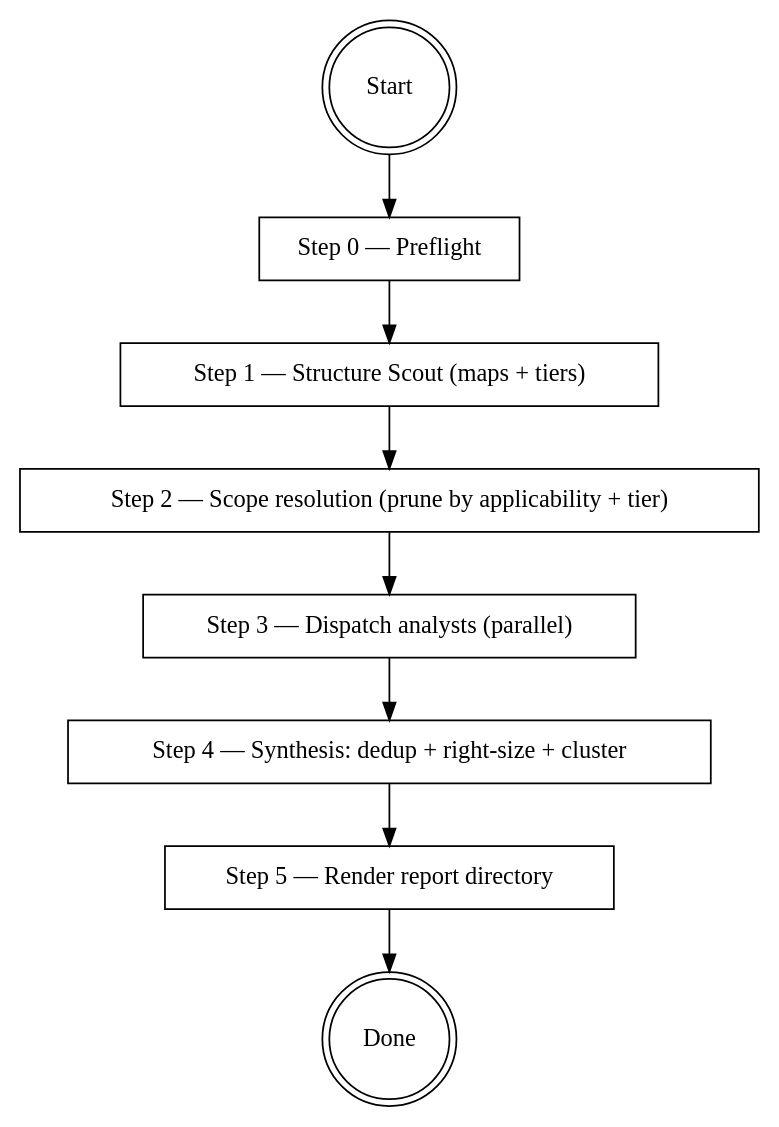
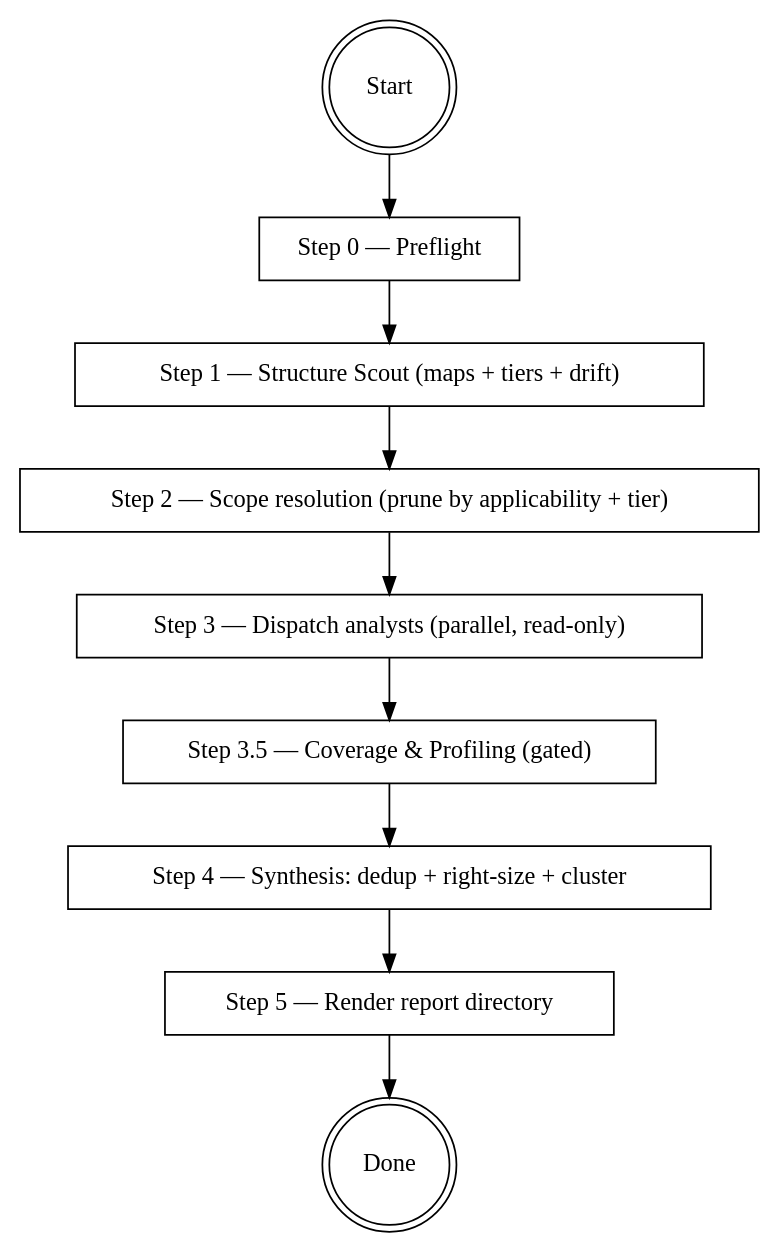
One commit to Tuxie/vibe changed the diagram in codebase-deep-analysis/SKILL.md. Above: the diagram before and after it, drawn with Graphviz. The commit also changed other lines of this file and 8 other files, not shown here.

````diff
--- a/codebase-deep-analysis/SKILL.md
+++ b/codebase-deep-analysis/SKILL.md
@@ -32,20 +34,22 @@
 ```dot
 digraph analysis_flow {
     "Start" [shape=doublecircle];
     "Step 0 — Preflight" [shape=box];
-    "Step 1 — Structure Scout (maps + tiers)" [shape=box];
+    "Step 1 — Structure Scout (maps + tiers + drift)" [shape=box];
     "Step 2 — Scope resolution (prune by applicability + tier)" [shape=box];
-    "Step 3 — Dispatch analysts (parallel)" [shape=box];
+    "Step 3 — Dispatch analysts (parallel, read-only)" [shape=box];
+    "Step 3.5 — Coverage & Profiling (gated)" [shape=box];
     "Step 4 — Synthesis: dedup + right-size + cluster" [shape=box];
     "Step 5 — Render report directory" [shape=box];
     "Done" [shape=doublecircle];
 
     "Start" -> "Step 0 — Preflight";
-    "Step 0 — Preflight" -> "Step 1 — Structure Scout (maps + tiers)";
-    "Step 1 — Structure Scout (maps + tiers)" -> "Step 2 — Scope resolution (prune by applicability + tier)";
-    "Step 2 — Scope resolution (prune by applicability + tier)" -> "Step 3 — Dispatch analysts (parallel)";
-    "Step 3 — Dispatch analysts (parallel)" -> "Step 4 — Synthesis: dedup + right-size + cluster";
+    "Step 0 — Preflight" -> "Step 1 — Structure Scout (maps + tiers + drift)";
+    "Step 1 — Structure Scout (maps + tiers + drift)" -> "Step 2 — Scope resolution (prune by applicability + tier)";
+    "Step 2 — Scope resolution (prune by applicability + tier)" -> "Step 3 — Dispatch analysts (parallel, read-only)";
+    "Step 3 — Dispatch analysts (parallel, read-only)" -> "Step 3.5 — Coverage & Profiling (gated)";
+    "Step 3.5 — Coverage & Profiling (gated)" -> "Step 4 — Synthesis: dedup + right-size + cluster";
     "Step 4 — Synthesis: dedup + right-size + cluster" -> "Step 5 — Render report directory";
     "Step 5 — Render report directory" -> "Done";
 }
 ```
````
